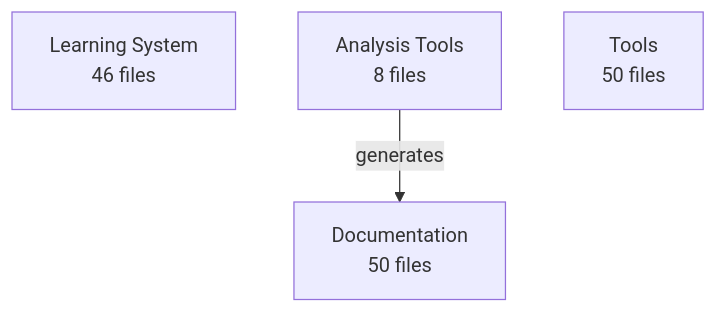
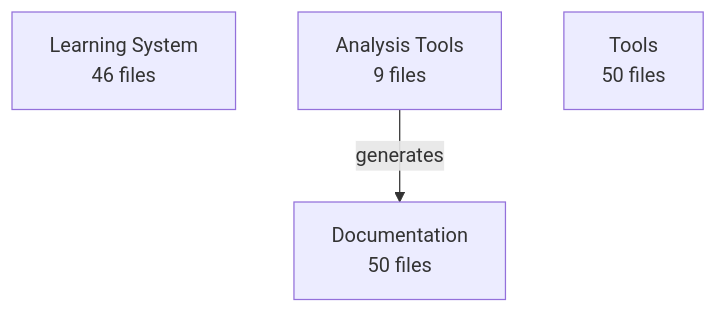
One commit to enufacas/Chained changed the diagram in docs/data/architecture/architecture.mmd. Above: the diagram before and after it, drawn with Mermaid. The commit also changed 6 other files, not shown here.

First line of the commit message:
🏗️ Update architecture evolution tracking

```diff
--- a/docs/data/architecture/architecture.mmd
+++ b/docs/data/architecture/architecture.mmd
@@ -1,6 +1,6 @@
 graph TD
     learning_system[Learning System<br/>46 files]
-    analysis_tools[Analysis Tools<br/>8 files]
+    analysis_tools[Analysis Tools<br/>9 files]
     documentation[Documentation<br/>50 files]
     tools[Tools<br/>50 files]
     analysis_tools -->|generates| documentation
```
